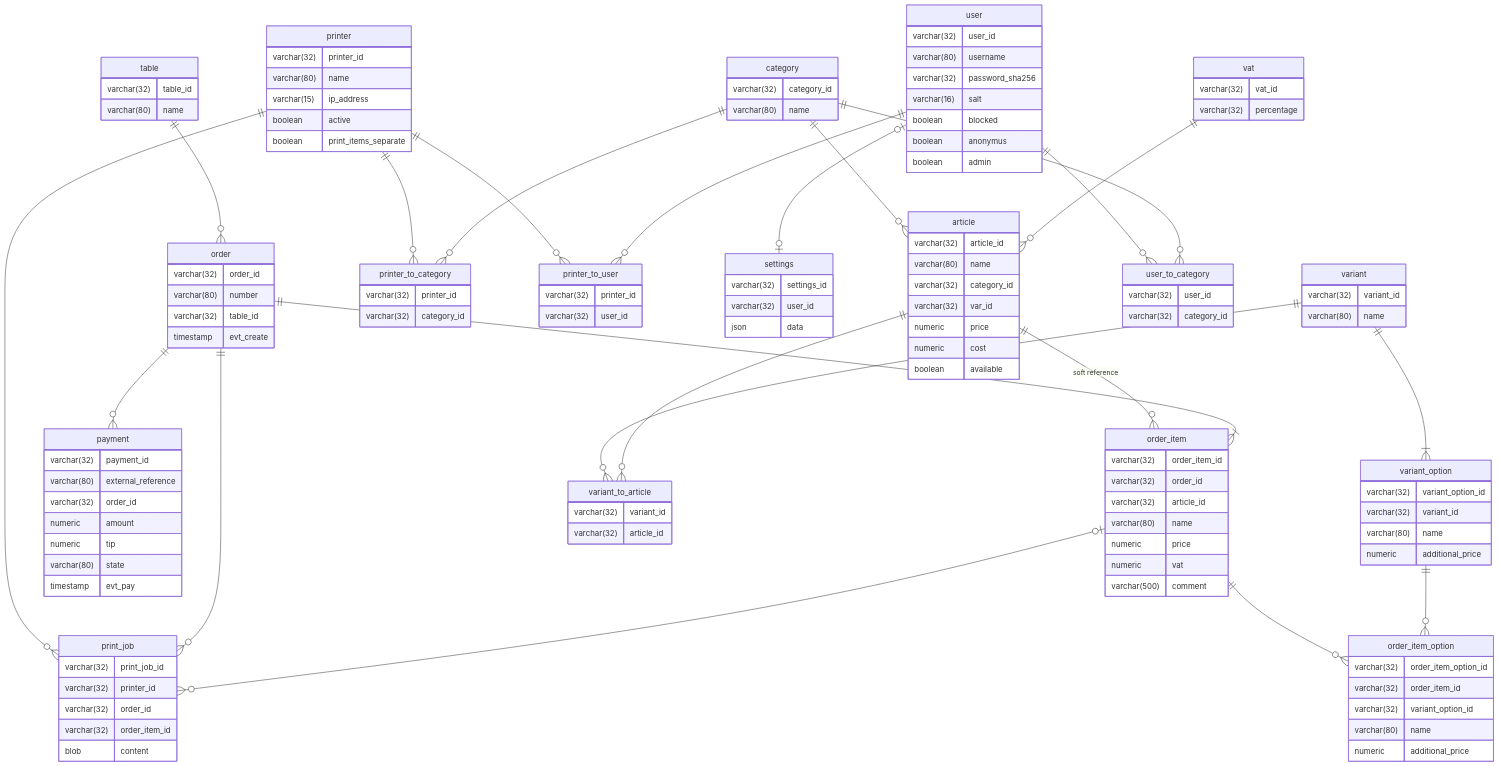
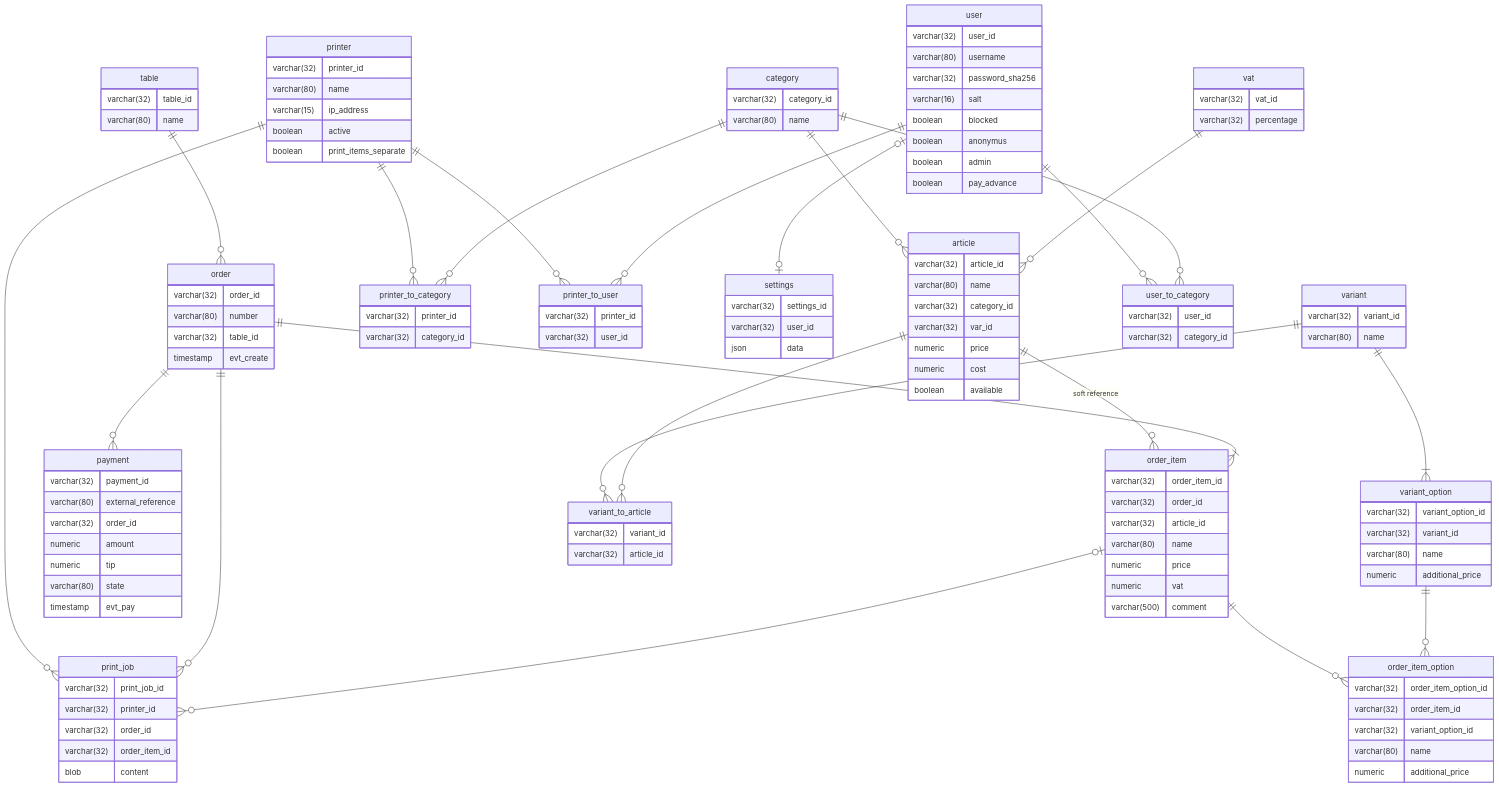
Before and after one commit to gourmetgate/docdump: the diagram in database/database-erd.md, drawn with Mermaid. The commit also changed 2 other files, not shown here.

Commit message:
Add backoffice use cases and refine database model

```diff
--- a/database/database-erd.md
+++ b/database/database-erd.md
@@ -103,6 +103,7 @@
         boolean blocked
         boolean anonymus
         boolean admin
+        boolean pay_advance
     }
     user_to_category {
         varchar(32) user_id
```
